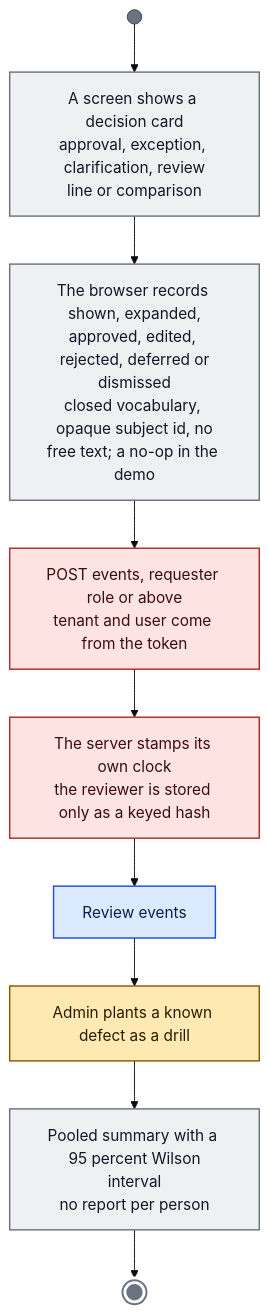
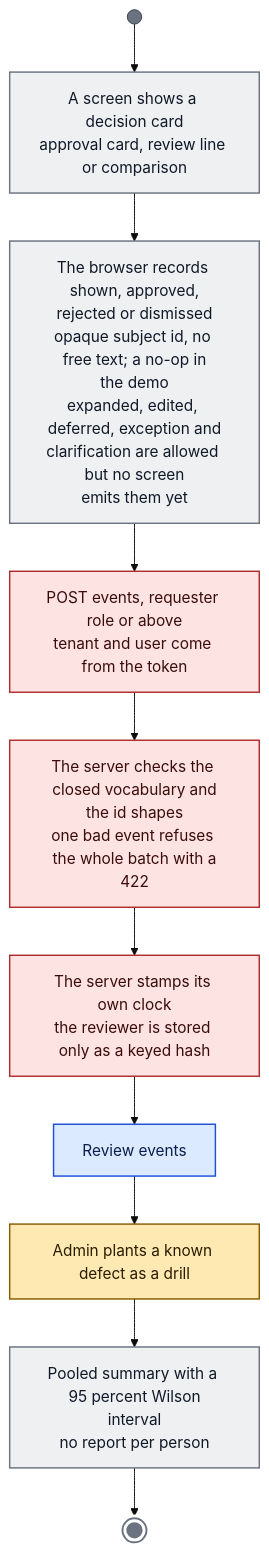
Before and after one commit to emre-akarsu/ai-commerce-ideas: diagram 24 of 33 in docs/architecture/activity-diagrams.md, drawn with Mermaid (base theme). The commit also changed other lines of this file, not shown here.

First line of the commit message:
docs: correct the activity diagrams after an independent fact-check of the remaining modules and optimizations

````diff
--- a/docs/architecture/activity-diagrams.md
+++ b/docs/architecture/activity-diagrams.md
@@ -885,19 +922,20 @@
 ```mermaid
 flowchart TB
 classDef human fill:#ffe9b3,stroke:#8a5a00,color:#2a1c00,stroke-width:1.5px
 classDef rule fill:#eef0f2,stroke:#6b7280,color:#111827,stroke-width:1.5px
 classDef ai fill:#e9e3ff,stroke:#5b3fc4,color:#1e1050,stroke-width:2.5px,stroke-dasharray:6 4
 classDef opt fill:#d8f3e4,stroke:#1b7a4a,color:#0b2e1b,stroke-width:1.5px
 classDef gate fill:#fde3e1,stroke:#b02b2b,color:#3a0d0d,stroke-width:1.5px
 classDef data fill:#dbeafe,stroke:#1d4ed8,color:#0b1f4d,stroke-width:1.5px
 classDef bar fill:#6b7280,stroke:#374151,color:#ffffff
 classDef fin fill:#6b7280,stroke:#ffffff,color:#ffffff,stroke-width:3px
-S((" ")):::bar --> t1["A screen shows a decision card<br/>approval, exception, clarification, review<br/>line or comparison"]:::rule
-t1 --> t2["The browser records shown, expanded,<br/>approved, edited, rejected, deferred or<br/>dismissed<br/>closed vocabulary, opaque subject id, no<br/>free text; a no-op in the demo"]:::rule
+S((" ")):::bar --> t1["A screen shows a decision card<br/>approval card, review line or comparison"]:::rule
+t1 --> t2["The browser records shown, approved,<br/>rejected or dismissed<br/>opaque subject id, no free text; a no-op in<br/>the demo<br/>expanded, edited, deferred, exception and<br/>clarification are allowed but no screen<br/>emits them yet"]:::rule
 t2 --> t3["POST events, requester role or above<br/>tenant and user come from the token"]:::gate
-t3 --> t4["The server stamps its own clock<br/>the reviewer is stored only as a keyed hash"]:::gate
+t3 --> t3b["The server checks the closed vocabulary and<br/>the id shapes<br/>one bad event refuses the whole batch with a<br/>422"]:::gate
+t3b --> t4["The server stamps its own clock<br/>the reviewer is stored only as a keyed hash"]:::gate
 t4 --> t5["Review events"]:::data
 t5 --> t6["Admin plants a known defect as a drill"]:::human
 t6 --> t7["Pooled summary with a 95 percent Wilson<br/>interval<br/>no report per person"]:::rule
 t7 --> E(((" "))):::fin
 ```
````
